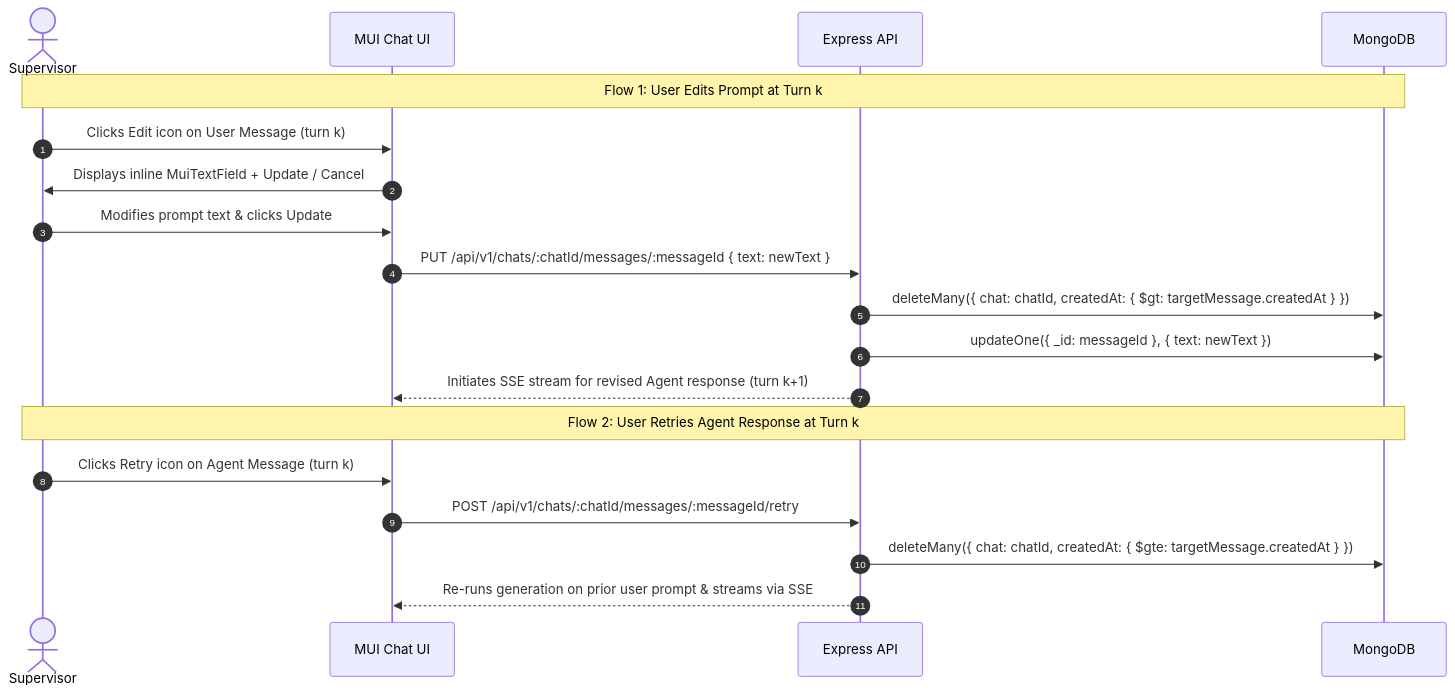
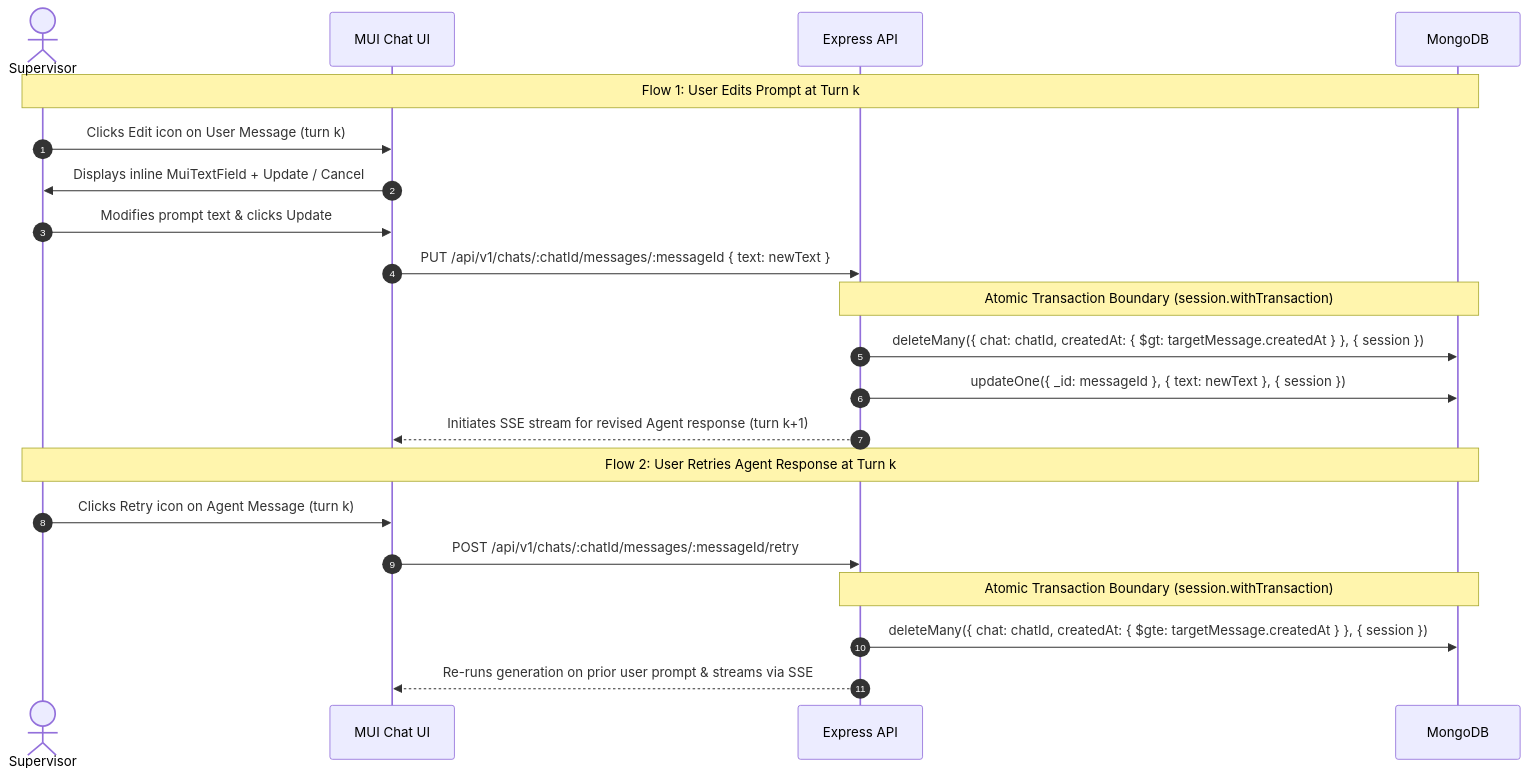
The fourth of 5 diagrams in docs/specifications/master_specification.md (girmesh03/Agentic-AI-Report-Builder), drawn with Mermaid before and after one commit. The commit also changed other lines of this file and 3 other files, not shown here.

````diff
--- a/docs/specifications/master_specification.md
+++ b/docs/specifications/master_specification.md
@@ -1960,23 +2271,25 @@
 ```mermaid
 sequenceDiagram
     autonumber
     actor User as Supervisor
     participant UI as MUI Chat UI
     participant API as Express API
     participant DB as MongoDB
 
     Note over User, DB: Flow 1: User Edits Prompt at Turn k
     User->>UI: Clicks Edit icon on User Message (turn k)
     UI->>User: Displays inline MuiTextField + Update / Cancel
     User->>UI: Modifies prompt text & clicks Update
     UI->>API: PUT /api/v1/chats/:chatId/messages/:messageId { text: newText }
-    API->>DB: deleteMany({ chat: chatId, createdAt: { $gt: targetMessage.createdAt } })
-    API->>DB: updateOne({ _id: messageId }, { text: newText })
+    Note over API, DB: Atomic Transaction Boundary (session.withTransaction)
+    API->>DB: deleteMany({ chat: chatId, createdAt: { $gt: targetMessage.createdAt } }, { session })
+    API->>DB: updateOne({ _id: messageId }, { text: newText }, { session })
     API-->>UI: Initiates SSE stream for revised Agent response (turn k+1)
 
     Note over User, DB: Flow 2: User Retries Agent Response at Turn k
     User->>UI: Clicks Retry icon on Agent Message (turn k)
     UI->>API: POST /api/v1/chats/:chatId/messages/:messageId/retry
-    API->>DB: deleteMany({ chat: chatId, createdAt: { $gte: targetMessage.createdAt } })
+    Note over API, DB: Atomic Transaction Boundary (session.withTransaction)
+    API->>DB: deleteMany({ chat: chatId, createdAt: { $gte: targetMessage.createdAt } }, { session })
     API-->>UI: Re-runs generation on prior user prompt & streams via SSE
 ```
````
